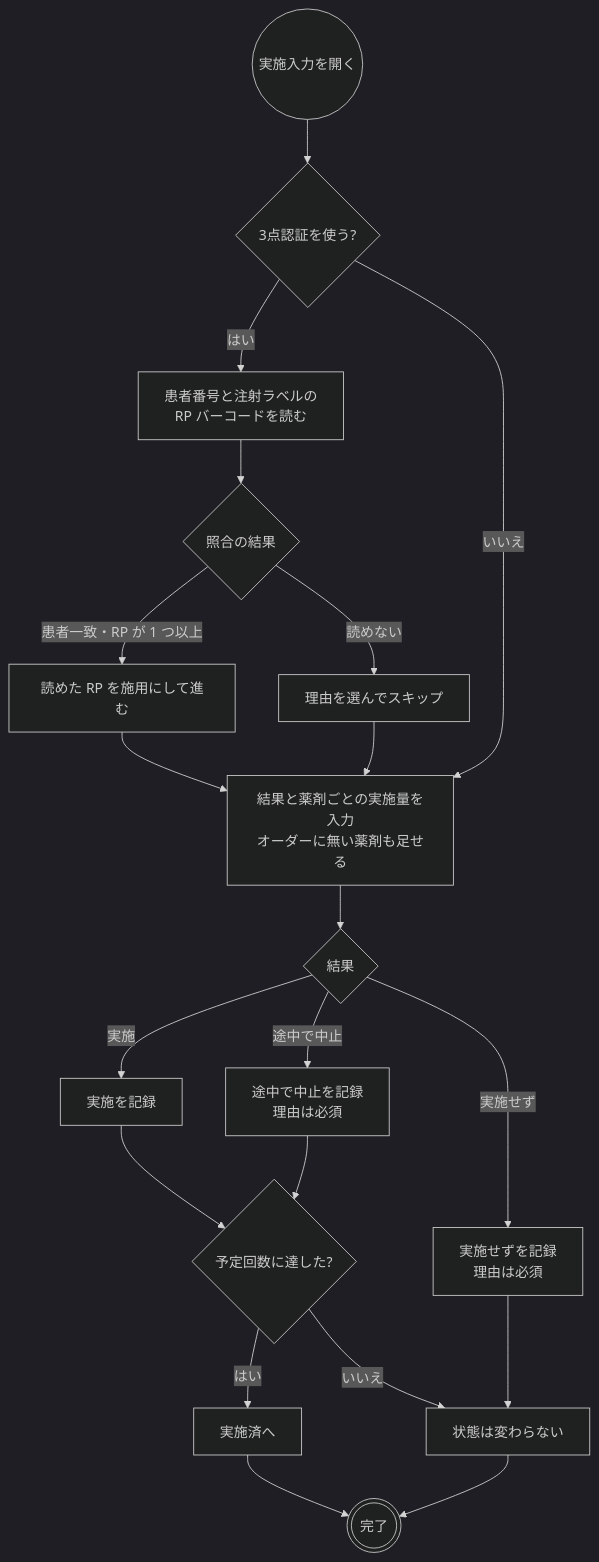
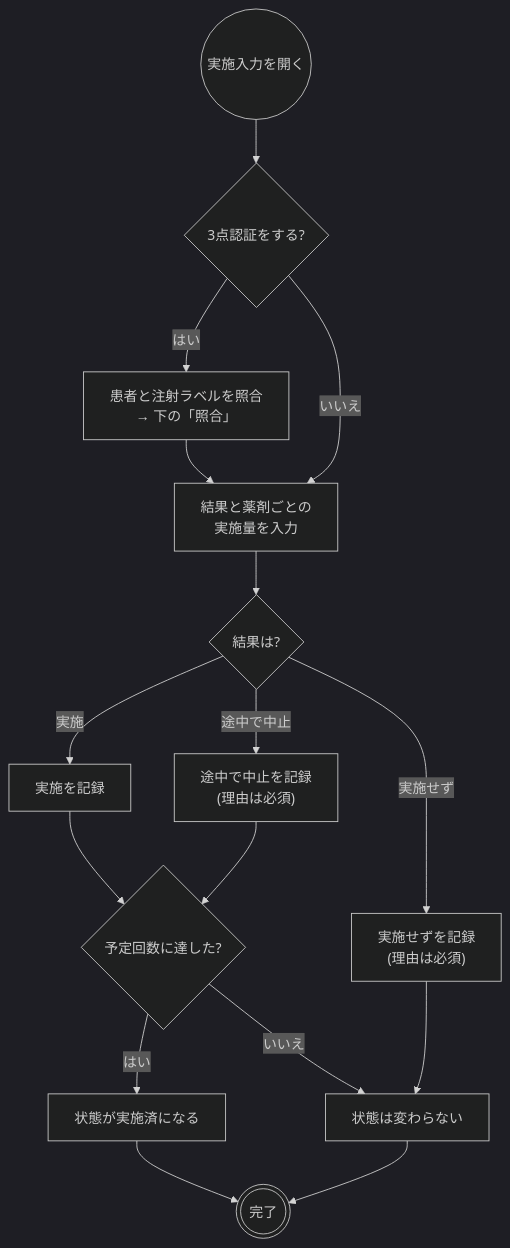
Before and after one commit to ysnr-dev/fhir-client-docs: the third of 4 diagrams in docs/flows/injection.md, drawn with Mermaid (dark theme). The commit also changed other lines of this file and 43 other files, not shown here.

Commit message:
docs: 業務フローとシーケンス図を写し直し

````diff
--- a/docs/flows/injection.md
+++ b/docs/flows/injection.md
@@ -121,30 +133,25 @@
 ```mermaid
 flowchart TD
   open(("実施入力を開く"))
-  enabled{"3点認証を使う?"}
-  scan["患者番号と注射ラベルの<br/>RP バーコードを読む"]
-  how{"照合の結果"}
-  matched["読めた RP を施用にして進む"]
-  skip["理由を選んでスキップ"]
-  input["結果と薬剤ごとの実施量を入力<br/>オーダーに無い薬剤も足せる"]
-  outcome{"結果"}
+  verifyOn{"3点認証をする?"}
+  verify["患者と注射ラベルを照合<br/>→ 下の「照合」"]
+  input["結果と薬剤ごとの<br/>実施量を入力"]
+  outcome{"結果は?"}
   given["実施を記録"]
-  stopped["途中で中止を記録<br/>理由は必須"]
-  notDone["実施せずを記録<br/>理由は必須"]
+  stopped["途中で中止を記録<br/>(理由は必須)"]
+  notDone["実施せずを記録<br/>(理由は必須)"]
   reached{"予定回数に達した?"}
-  completed["実施済へ"]
+  completed["状態が実施済になる"]
   keep["状態は変わらない"]
   finish((("完了")))
 
-  open --> enabled
-  enabled -- "はい" --> scan --> how
-  enabled -- "いいえ" --> input
-  how -- "患者一致・RP が 1 つ以上" --> matched --> input
-  how -- "読めない" --> skip --> input
+  open --> verifyOn
+  verifyOn -- "はい" --> verify --> input
+  verifyOn -- "いいえ" --> input
   input --> outcome
   outcome -- "実施" --> given --> reached
   outcome -- "途中で中止" --> stopped --> reached
   outcome -- "実施せず" --> notDone --> keep
   reached -- "はい" --> completed --> finish
   reached -- "いいえ" --> keep --> finish
 ```
````
